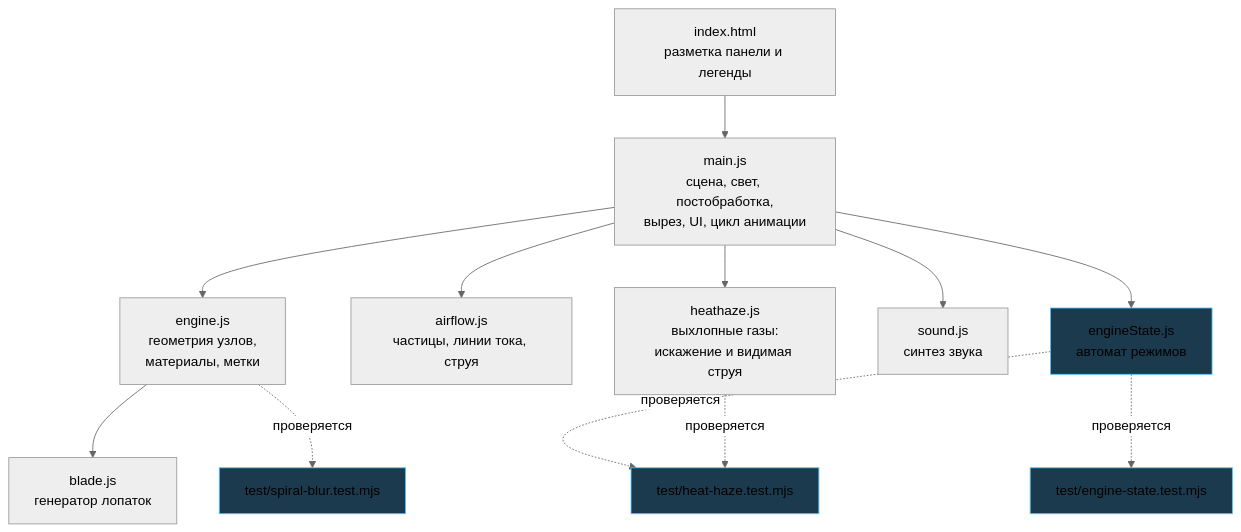
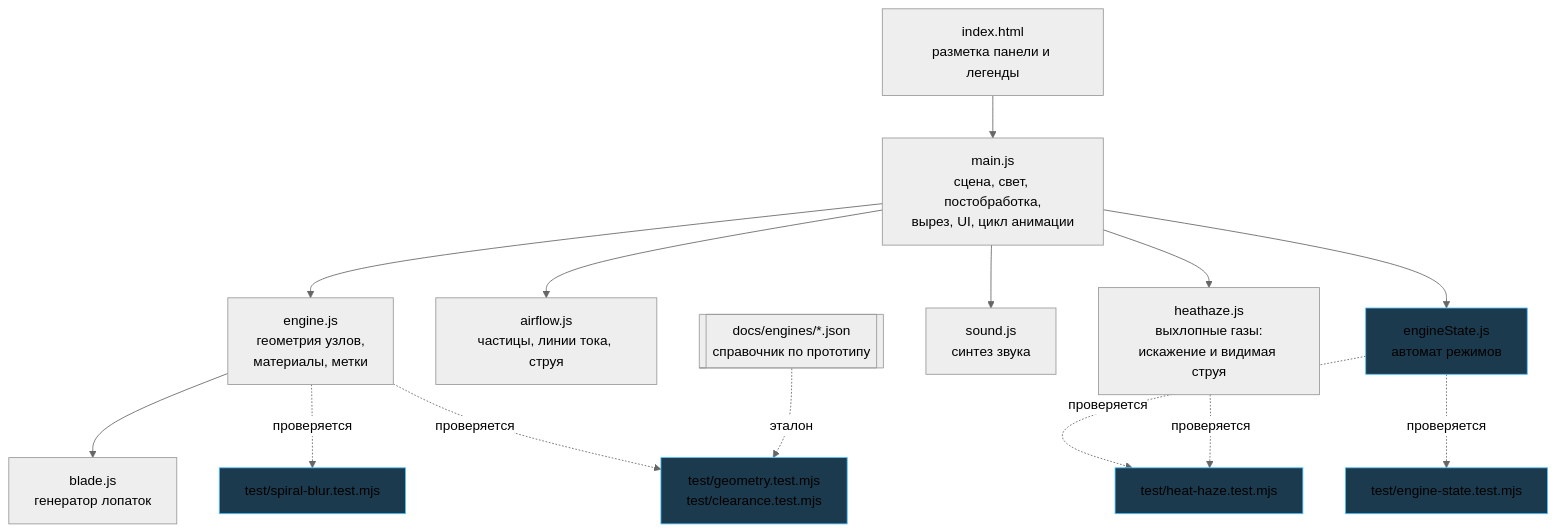
The first of 2 diagrams in docs/01-architecture.md (jubbon/jet-engine-3d), drawn with Mermaid (neutral theme) before and after one commit. The commit also changed other lines of this file and 7 other files, not shown here.

````diff
--- a/docs/01-architecture.md
+++ b/docs/01-architecture.md
@@ -5,19 +5,22 @@
 ```mermaid
 graph TD
   I[index.html<br/>разметка панели и легенды] --> M
   M[main.js<br/>сцена, свет, постобработка,<br/>вырез, UI, цикл анимации]
   M --> E[engine.js<br/>геометрия узлов,<br/>материалы, метки]
   M --> A[airflow.js<br/>частицы, линии тока, струя]
   M --> H[heathaze.js<br/>выхлопные газы:<br/>искажение и видимая струя]
   M --> S[sound.js<br/>синтез звука]
   M --> ST[engineState.js<br/>автомат режимов]
   E --> B[blade.js<br/>генератор лопаток]
   ST -.проверяется.-> T[test/engine-state.test.mjs]
   ST -.проверяется.-> T2[test/heat-haze.test.mjs]
   E -.проверяется.-> T3[test/spiral-blur.test.mjs]
+  E -.проверяется.-> T4["test/geometry.test.mjs<br/>test/clearance.test.mjs"]
+  J[["docs/engines/*.json<br/>справочник по прототипу"]] -.эталон.-> T4
   H -.проверяется.-> T2
   style ST fill:#1c3a4d,stroke:#4fc3ff
   style T fill:#1c3a4d,stroke:#4fc3ff
   style T2 fill:#1c3a4d,stroke:#4fc3ff
   style T3 fill:#1c3a4d,stroke:#4fc3ff
+  style T4 fill:#1c3a4d,stroke:#4fc3ff
 ```
````
